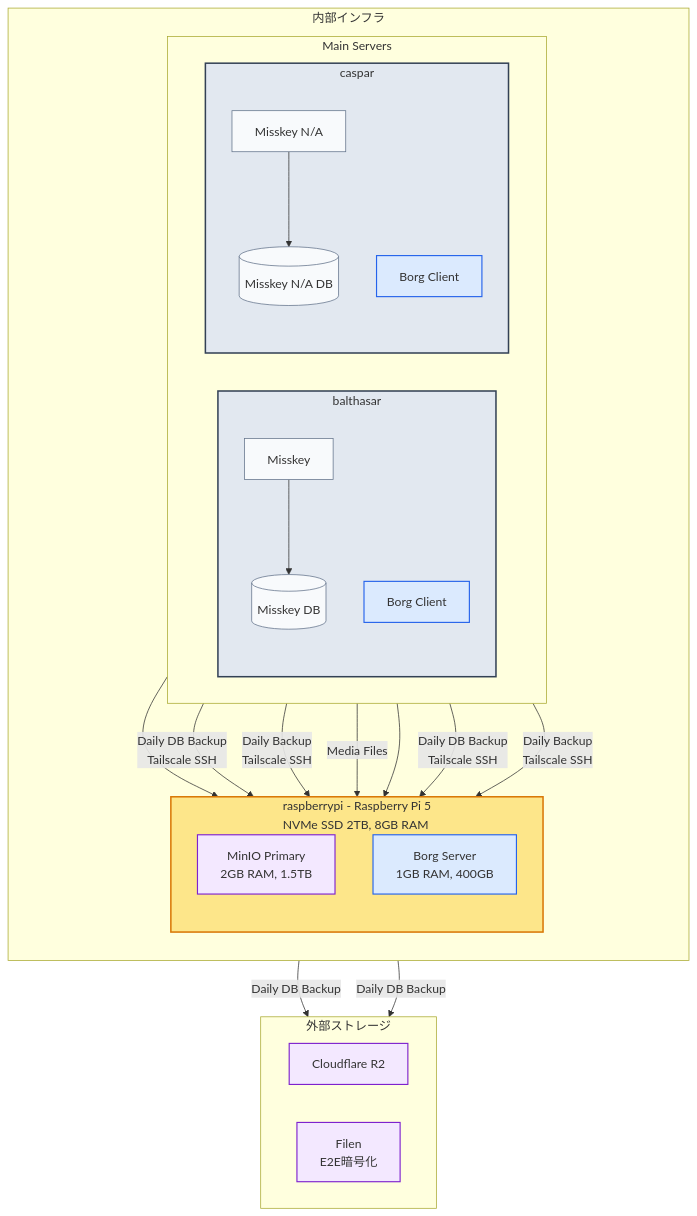
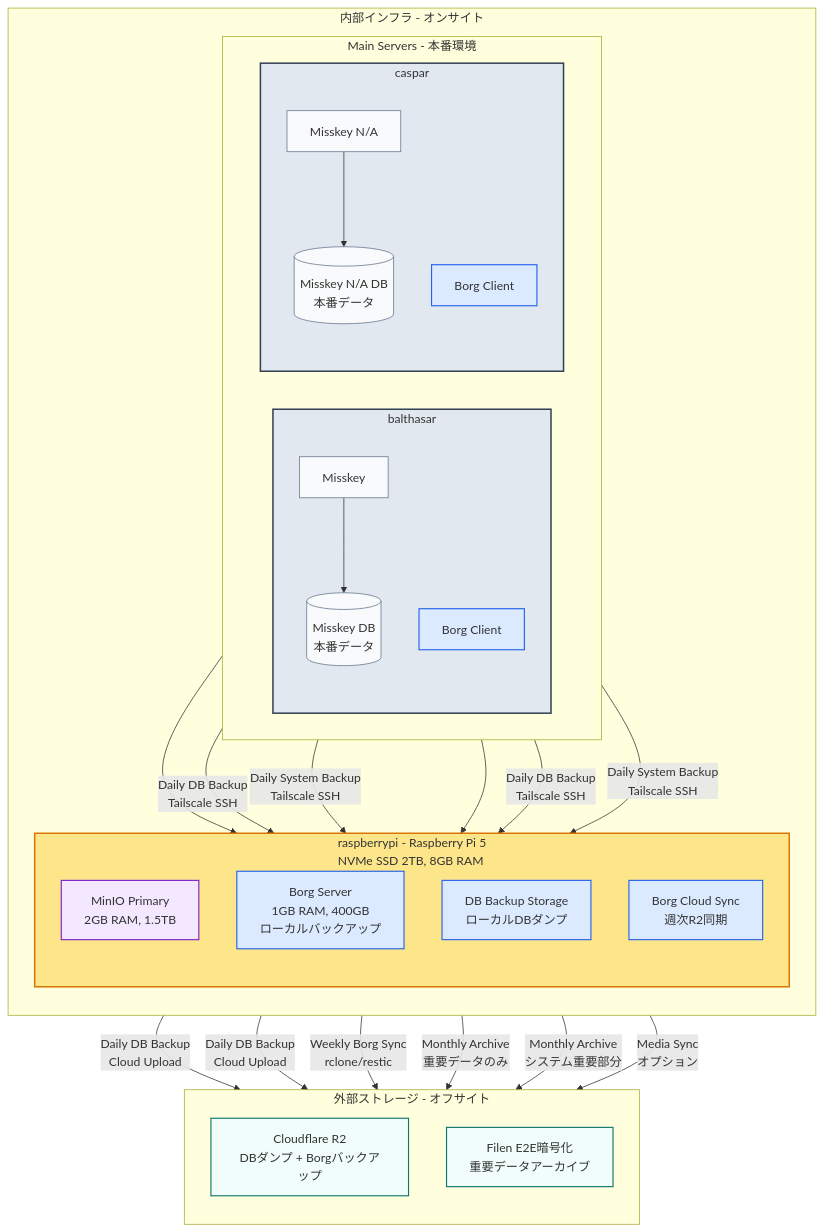
One commit to yamisskey-dev/hosted-list changed the third of 4 diagrams in README.md. Above: the diagram before and after it, drawn with Mermaid.

````diff
--- a/README.md
+++ b/README.md
@@ -222,40 +222,43 @@
 classDef backup fill:#dbeafe,stroke:#2563eb,stroke-width:1.5px
 classDef storage fill:#f3e8ff,stroke:#7e22ce,stroke-width:1.5px
 classDef rpi fill:#fde68a,stroke:#d97706,stroke-width:2px
+classDef cloud fill:#f0fdfa,stroke:#0f766e,stroke-width:1.5px
 
 %% External storage services
-subgraph external[外部ストレージ]
-   direction LR
-   r2[Cloudflare R2]:::storage
-   filen[Filen\nE2E暗号化]:::storage
+subgraph external[外部ストレージ - オフサイト]
+   direction TB
+   r2[Cloudflare R2<br/>DBダンプ + Borgバックアップ]:::cloud
+   filen[Filen E2E暗号化<br/>重要データアーカイブ]:::cloud
 end
 
 %% Support Infrastructure 
-subgraph internal[内部インフラ]
+subgraph internal[内部インフラ - オンサイト]
    direction TB
    
    %% Raspberry Pi with MinIO and Backup
    subgraph raspi[raspberrypi - Raspberry Pi 5<br/>NVMe SSD 2TB, 8GB RAM]
        direction TB
        minio_main[MinIO Primary<br/>2GB RAM, 1.5TB]:::storage
-       borg_server[Borg Server<br/>1GB RAM, 400GB]:::backup
+       borg_server[Borg Server<br/>1GB RAM, 400GB<br/>ローカルバックアップ]:::backup
+       db_backup_local[DB Backup Storage<br/>ローカルDBダンプ]:::backup
+       borg_sync[Borg Cloud Sync<br/>週次R2同期]:::backup
    end
    
    %% Main servers with backup clients
-   subgraph main_servers[Main Servers]
+   subgraph main_servers[Main Servers - 本番環境]
        direction LR
        
        subgraph balthasar[balthasar]
            direction TB
            yamisskey[Misskey]:::service
-           yamisskey_db[(Misskey DB)]:::service
+           yamisskey_db[(Misskey DB<br/>本番データ)]:::service
            borg_client_b[Borg Client]:::backup
        end
        
        subgraph caspar[caspar]
            direction TB
            nayamisskey[Misskey N/A]:::service
-           nayamisskey_db[(Misskey N/A DB)]:::service
+           nayamisskey_db[(Misskey N/A DB<br/>本番データ)]:::service
            borg_client_c[Borg Client]:::backup
        end
    end
@@ -267,25 +270,35 @@
 nayamisskey --> nayamisskey_db
 nayamisskey --> minio_main
 
-%% DB backup connections to external storage
-yamisskey_db -- "Daily DB Backup" --> r2
-nayamisskey_db -- "Daily DB Backup" --> r2
+%% 3-2-1 Database Backup Strategy
+%% Copy 1: Daily DB dumps to Raspberry Pi (different media - local SSD)
+yamisskey_db -- "Daily DB Backup<br/>Tailscale SSH" --> db_backup_local
+nayamisskey_db -- "Daily DB Backup<br/>Tailscale SSH" --> db_backup_local
 
-%% DB backup connections to raspberry pi
-yamisskey_db -- "Daily DB Backup<br/>Tailscale SSH" --> borg_server
-nayamisskey_db -- "Daily DB Backup<br/>Tailscale SSH" --> borg_server
+%% Copy 2: Daily DB dumps to R2 (different media - cloud object storage)
+yamisskey_db -- "Daily DB Backup<br/>Cloud Upload" --> r2
+nayamisskey_db -- "Daily DB Backup<br/>Cloud Upload" --> r2
 
-%% Borg backup connections (All to raspberrypi)
-borg_client_b -- "Daily Backup<br/>Tailscale SSH" --> borg_server
-borg_client_c -- "Daily Backup<br/>Tailscale SSH" --> borg_server
+%% 3-2-1 System Backup Strategy
+%% Copy 1: Daily Borg backup to Raspberry Pi (local)
+borg_client_b -- "Daily System Backup<br/>Tailscale SSH" --> borg_server
+borg_client_c -- "Daily System Backup<br/>Tailscale SSH" --> borg_server
 
-%% MinIO connections
-yamisskey_db -- "Media Files" --> minio_main
+%% Copy 2: Weekly Borg sync to R2 (offsite)
+borg_sync -- "Weekly Borg Sync<br/>rclone/restic" --> r2
+
+%% Archive backup to Filen (monthly, encrypted)
+db_backup_local -- "Monthly Archive<br/>重要データのみ" --> filen
+borg_server -- "Monthly Archive<br/>システム重要部分" --> filen
+
+%% MinIO media files backup
+minio_main -- "Media Sync<br/>オプション" --> r2
 
 %% Apply styles
 class balthasar,caspar homeServer
 class raspi rpi
 class yamisskey,nayamisskey,yamisskey_db,nayamisskey_db service
-class borg_client_b,borg_client_c,borg_server backup
-class r2,filen,minio_main storage
+class borg_client_b,borg_client_c,borg_server,db_backup_local,borg_sync backup
+class r2,filen cloud
+class minio_main storage
 ```
````
